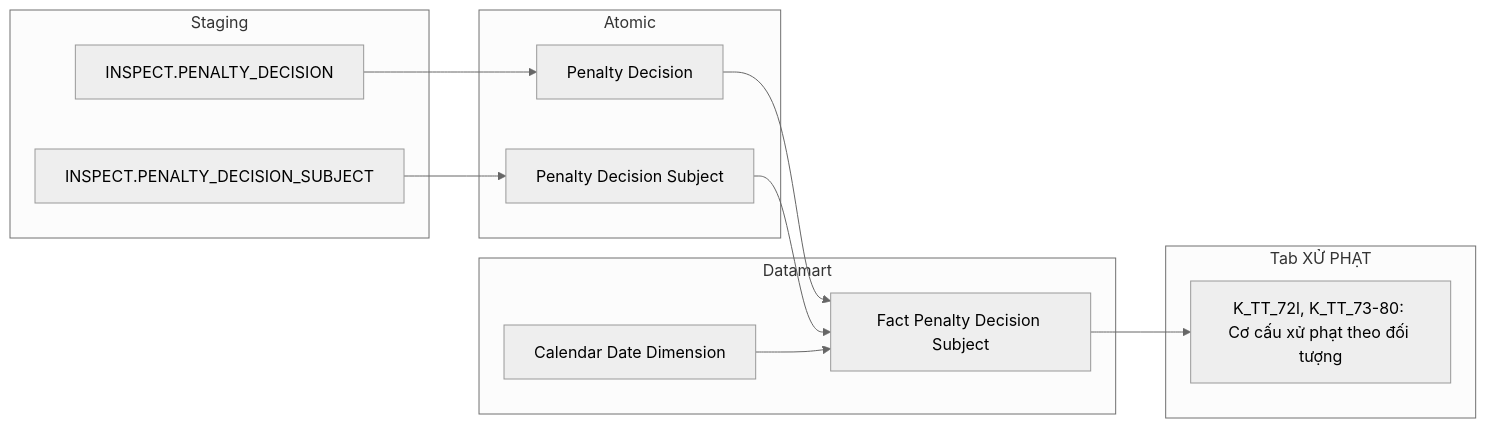
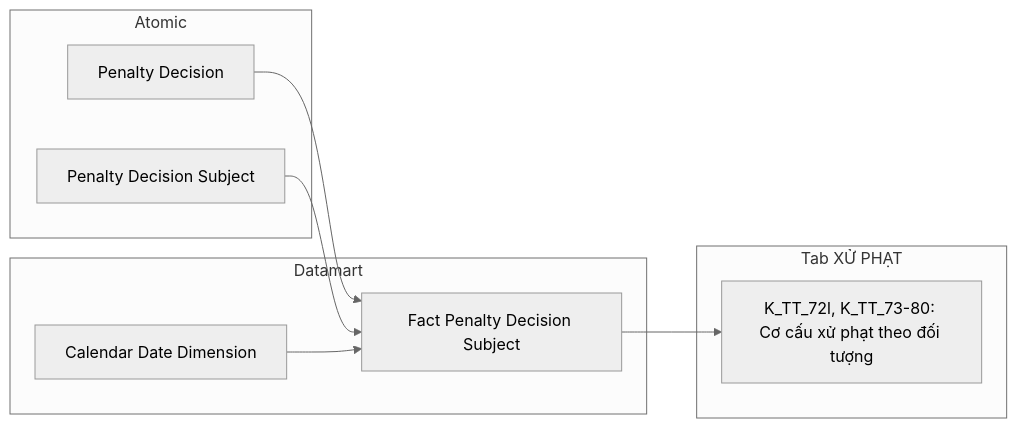
One commit to linhlvit/ubck_atomic_design changed diagram 39 of 46 in Datamart/hld/DTM_TT_HLD.md. Above: the diagram before and after it, drawn with Mermaid (neutral theme). The commit also changed other lines of this file and 41 other files, not shown here.

````diff
--- a/Datamart/hld/DTM_TT_HLD.md
+++ b/Datamart/hld/DTM_TT_HLD.md
@@ -1369,24 +1466,18 @@
 ```mermaid
 flowchart LR
-    subgraph SRC["Staging"]
-        S1["INSPECT.PENALTY_DECISION"]
-        S2["INSPECT.PENALTY_DECISION_SUBJECT"]
-    end
     subgraph SIL["Atomic"]
         SV1["Penalty Decision"]
         SV2["Penalty Decision Subject"]
     end
     subgraph GOLD["Datamart"]
         G1["Fact Penalty Decision Subject"]
         G2["Calendar Date Dimension"]
     end
     subgraph RPT["Tab XỬ PHẠT"]
         R1["K_TT_72l, K_TT_73-80: Cơ cấu xử phạt theo đối tượng"]
     end
-    S1 --> SV1
-    S2 --> SV2
     SV1 --> G1
     SV2 --> G1
     G2 --> G1
     G1 --> R1
 ```
````
